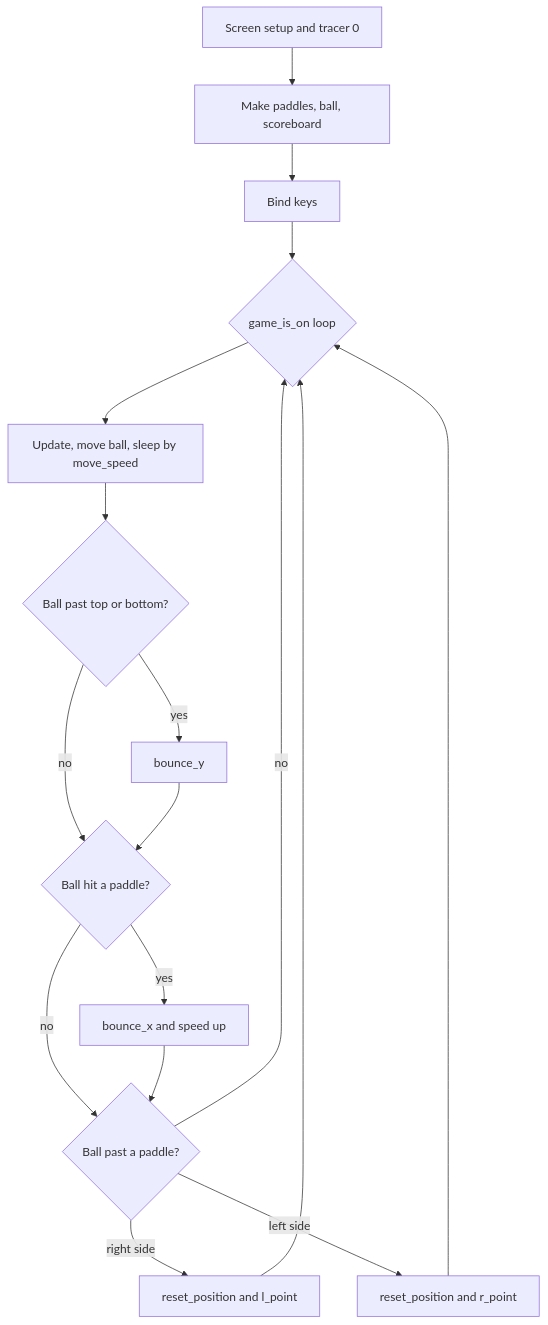
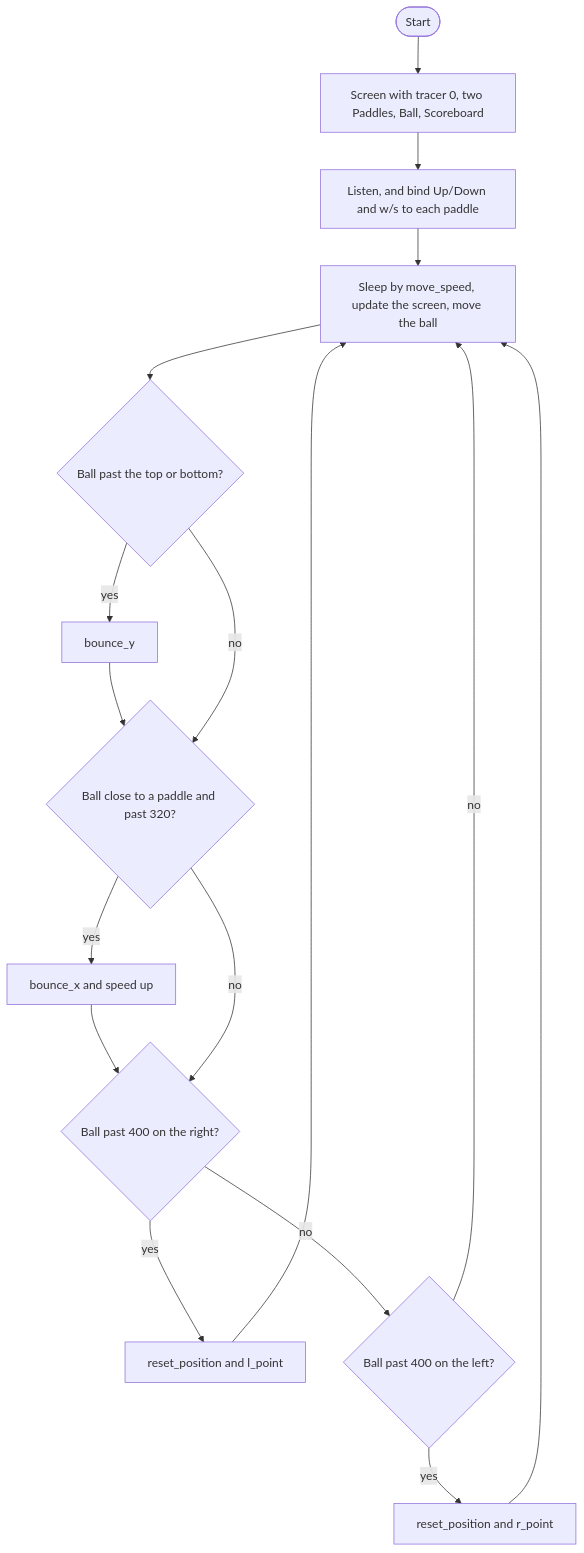
Before and after one commit to BearWitnezz/100-Days-of-Code: the diagram in day-22/pong-roadmap.md, drawn with Mermaid. The commit also changed other lines of this file, not shown here.

Commit message:
Replace the Day 22 Pong roadmap with the staged version.

````diff
--- a/day-22/pong-roadmap.md
+++ b/day-22/pong-roadmap.md
@@ -13,19 +11,19 @@
 ```mermaid
 flowchart TD
-    A[Screen setup and tracer 0] --> B[Make paddles, ball, scoreboard]
-    B --> C[Bind keys]
-    C --> D{game_is_on loop}
-    D --> E[Update, move ball, sleep by move_speed]
-    E --> F{Ball past top or bottom?}
-    F -- yes --> G[bounce_y]
-    F -- no --> H{Ball hit a paddle?}
-    G --> H
-    H -- yes --> I[bounce_x and speed up]
-    H -- no --> J{Ball past a paddle?}
-    I --> J
-    J -- right side --> K[reset_position and l_point]
-    J -- left side --> L[reset_position and r_point]
-    J -- no --> D
-    K --> D
-    L --> D
+    start([Start]) --> setup[Screen with tracer 0, two Paddles, Ball, Scoreboard]
+    setup --> keys[Listen, and bind Up/Down and w/s to each paddle]
+    keys --> frame[Sleep by move_speed, update the screen, move the ball]
+    frame --> wallHit{Ball past the top or bottom?}
+    wallHit -->|yes| bounceY[bounce_y]
+    bounceY --> paddleHit{Ball close to a paddle and past 320?}
+    wallHit -->|no| paddleHit
+    paddleHit -->|yes| bounceX[bounce_x and speed up]
+    bounceX --> rightMiss{Ball past 400 on the right?}
+    paddleHit -->|no| rightMiss
+    rightMiss -->|yes| leftPoint[reset_position and l_point]
+    rightMiss -->|no| leftMiss{Ball past 400 on the left?}
+    leftMiss -->|yes| rightPoint[reset_position and r_point]
+    leftMiss -->|no| frame
+    leftPoint --> frame
+    rightPoint --> frame
 ```
````
